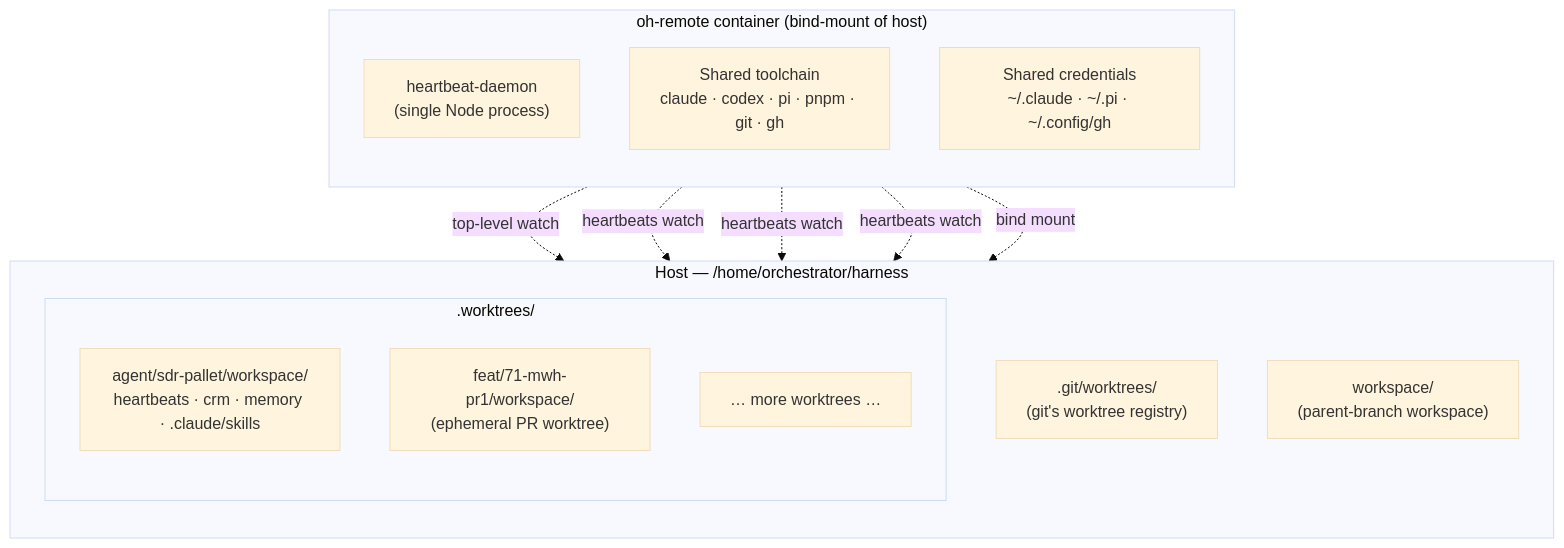
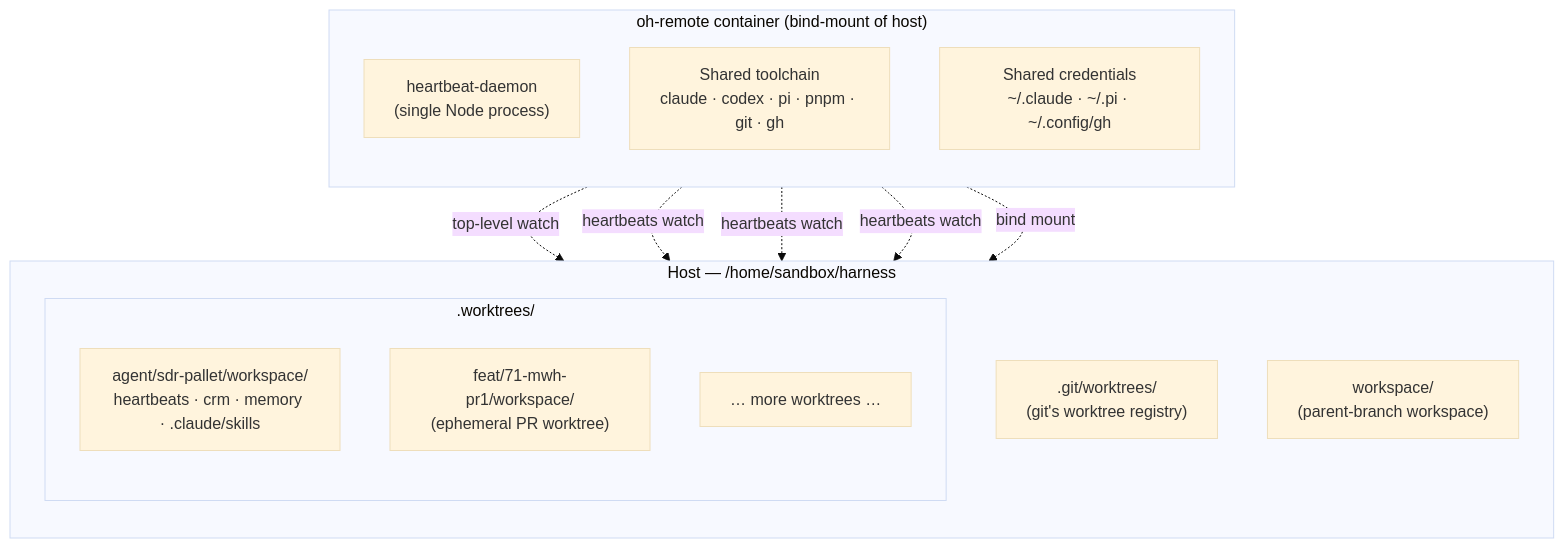
The first of 2 diagrams in docs/architecture/worktrees.md (ryaneggz/open-harness), drawn with Mermaid (base theme) before and after one commit. The commit also changed other lines of this file and 72 other files, not shown here.

````diff
--- a/docs/architecture/worktrees.md
+++ b/docs/architecture/worktrees.md
@@ -97,25 +97,25 @@
 ```mermaid
 flowchart TB
-  subgraph host["Host — /home/orchestrator/harness"]
+  subgraph host["Host — /home/sandbox/harness"]
     direction TB
     gitreg[".git/worktrees/<br/>(git's worktree registry)"]
     parent["workspace/<br/>(parent-branch workspace)"]
     subgraph wts[".worktrees/"]
       direction TB
       wt1["agent/sdr-pallet/workspace/<br/>heartbeats · crm · memory · .claude/skills"]
       wt2["feat/71-mwh-pr1/workspace/<br/>(ephemeral PR worktree)"]
       wt3["… more worktrees …"]
     end
   end
   subgraph box["oh-remote container (bind-mount of host)"]
     direction TB
     daemon["heartbeat-daemon<br/>(single Node process)"]
     tools["Shared toolchain<br/>claude · codex · pi · pnpm · git · gh"]
     creds["Shared credentials<br/>~/.claude · ~/.pi · ~/.config/gh"]
   end
   daemon -. "top-level watch" .-> gitreg
   daemon -. "heartbeats watch" .-> parent
   daemon -. "heartbeats watch" .-> wt1
   daemon -. "heartbeats watch" .-> wt2
   box -.->|"bind mount"| host
 ```
````
